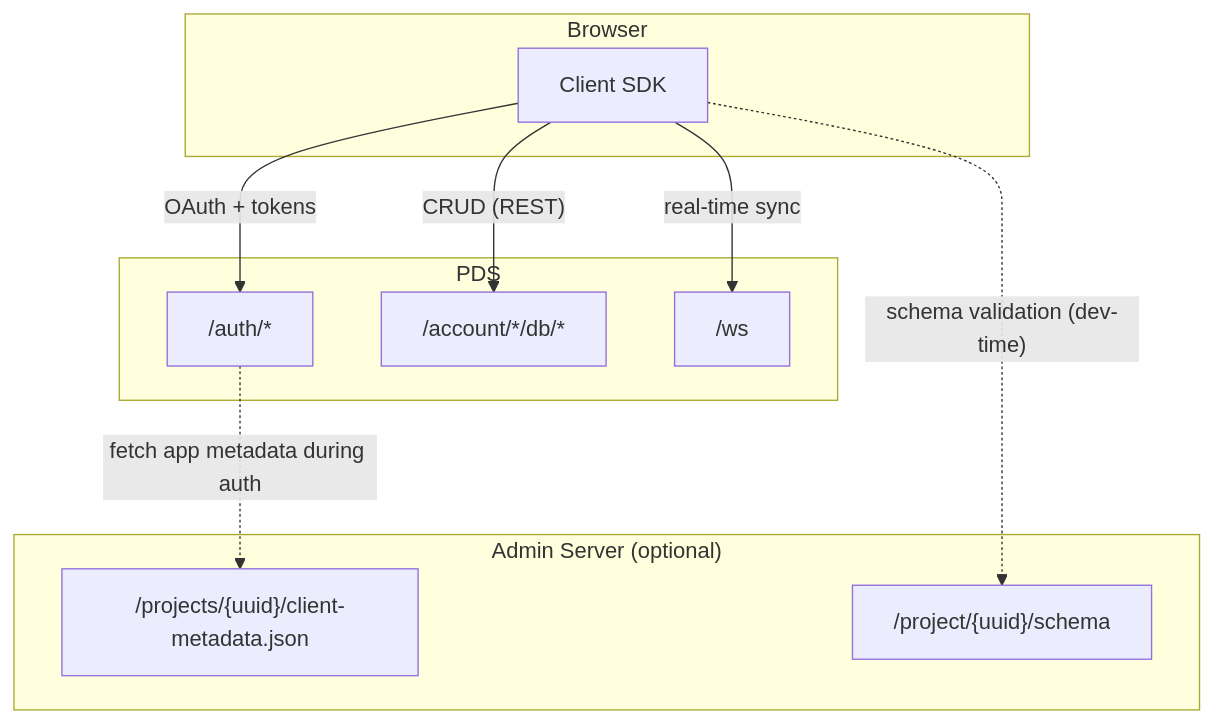
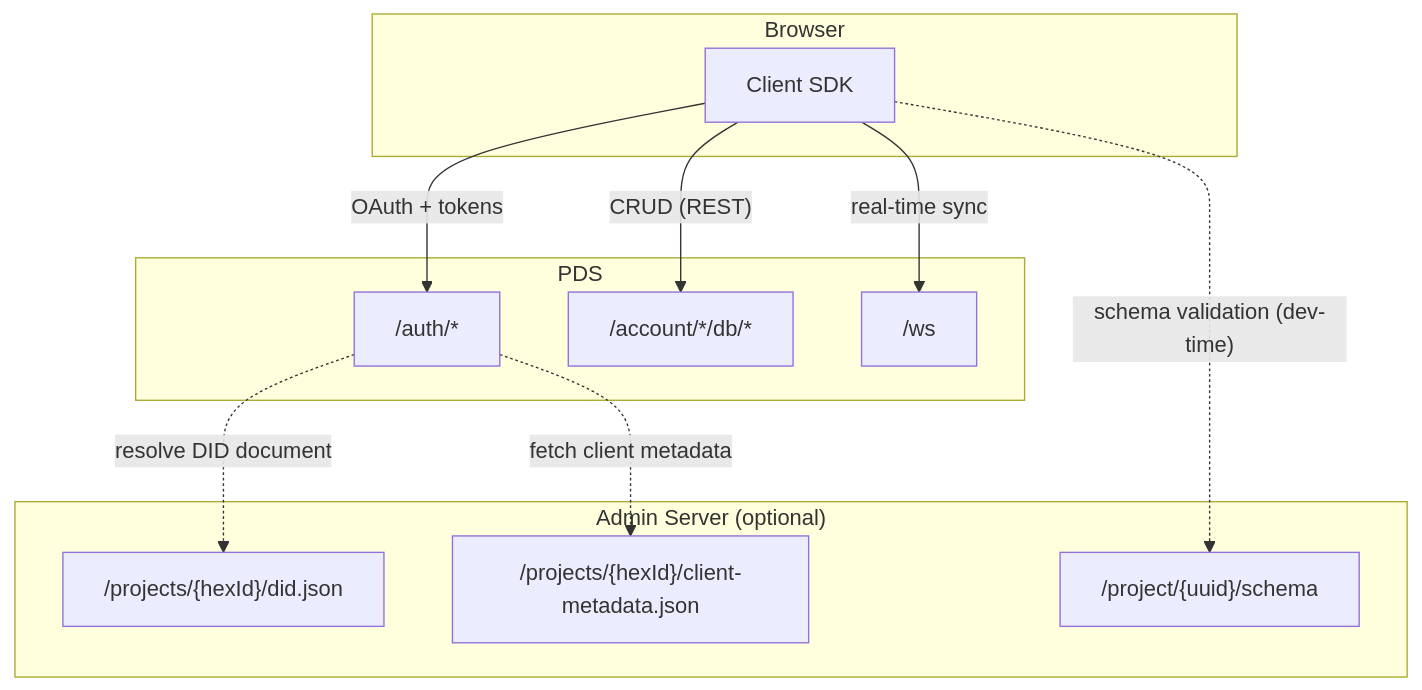
The first of 2 diagrams in docs/FEDERATION.md (basicdb/client-ts), drawn with Mermaid before and after one commit. The commit also changed other lines of this file and 2 other files, not shown here.

First line of the commit message:
feat: normalize client_id to did:web format in OAuth flows

````diff
--- a/docs/FEDERATION.md
+++ b/docs/FEDERATION.md
@@ -49,24 +50,26 @@
 ```mermaid
 flowchart TB
     subgraph browser [Browser]
         SDK["Client SDK"]
     end
 
     subgraph pds [PDS]
         Auth["/auth/*"]
         Data["/account/*/db/*"]
         WS["/ws"]
     end
 
     subgraph admin ["Admin Server (optional)"]
-        Metadata["/projects/{uuid}/client-metadata.json"]
+        DIDDoc["/projects/{hexId}/did.json"]
+        Metadata["/projects/{hexId}/client-metadata.json"]
         Schema["/project/{uuid}/schema"]
     end
 
     SDK -->|"OAuth + tokens"| Auth
     SDK -->|"CRUD (REST)"| Data
     SDK -->|"real-time sync"| WS
     SDK -.->|"schema validation (dev-time)"| Schema
 
-    Auth -.->|"fetch app metadata during auth"| Metadata
+    Auth -.->|"resolve DID document"| DIDDoc
+    Auth -.->|"fetch client metadata"| Metadata
 ```
````
